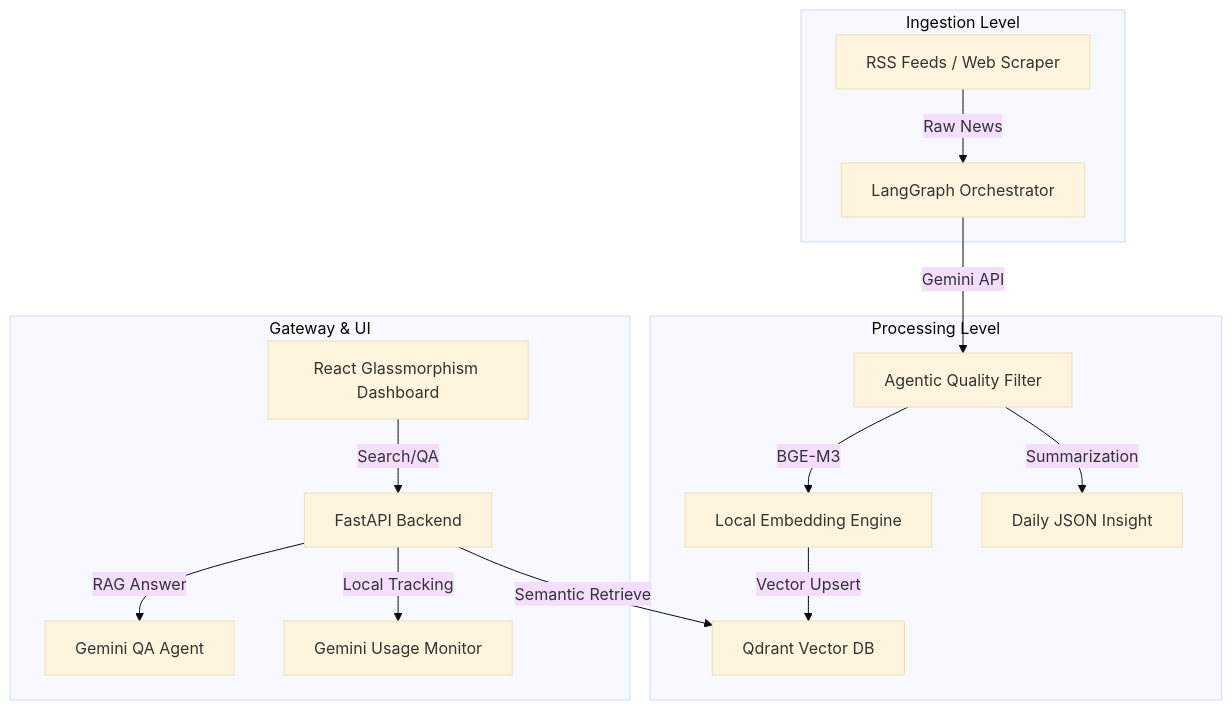
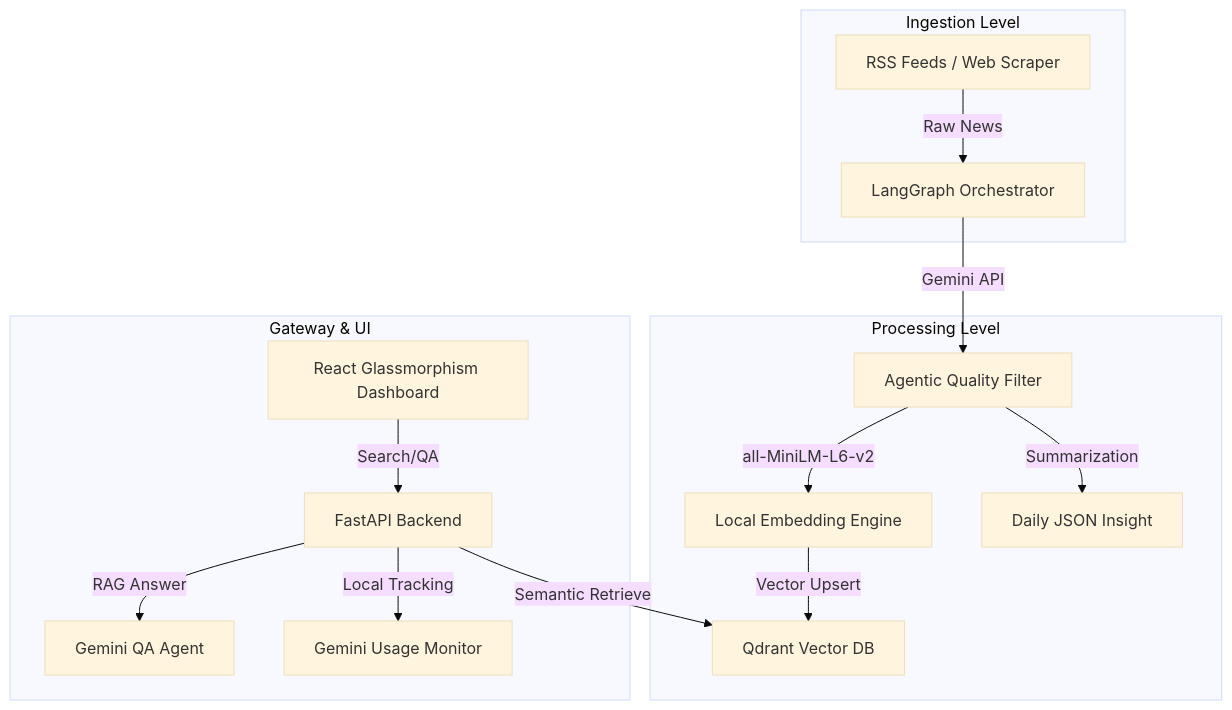
One commit to flxhrdyn/Sekilas.ai changed the diagram in README.md. Above: the diagram before and after it, drawn with Mermaid (base theme). The commit also changed other lines of this file and 2 other files, not shown here.

Commit message:
chore: migrate to MiniLM embedding and sync DevOps workflow

````diff
--- a/README.md
+++ b/README.md
@@ -33,20 +53,20 @@
 ```mermaid
 graph TD
     subgraph Data_Source_Level [Ingestion Level]
         RSS[RSS Feeds / Web Scraper] -->|Raw News| LG[LangGraph Orchestrator]
     end
     
     subgraph Intelligence_Level [Processing Level]
         LG -->|Gemini API| Filter[Agentic Quality Filter]
-        Filter -->|BGE-M3| Embed[Local Embedding Engine]
+        Filter -->|all-MiniLM-L6-v2| Embed[Local Embedding Engine]
         Embed -->|Vector Upsert| QDR[Qdrant Vector DB]
         Filter -->|Summarization| Digest[Daily JSON Insight]
     end
     
     subgraph Application_Level [Gateway & UI]
         API[FastAPI Backend] -->|Semantic Retrieve| QDR
         API -->|RAG Answer| QA[Gemini QA Agent]
         UI[React Glassmorphism Dashboard] -->|Search/QA| API
         API -->|Local Tracking| Tracker[Gemini Usage Monitor]
     end
 ```
````
